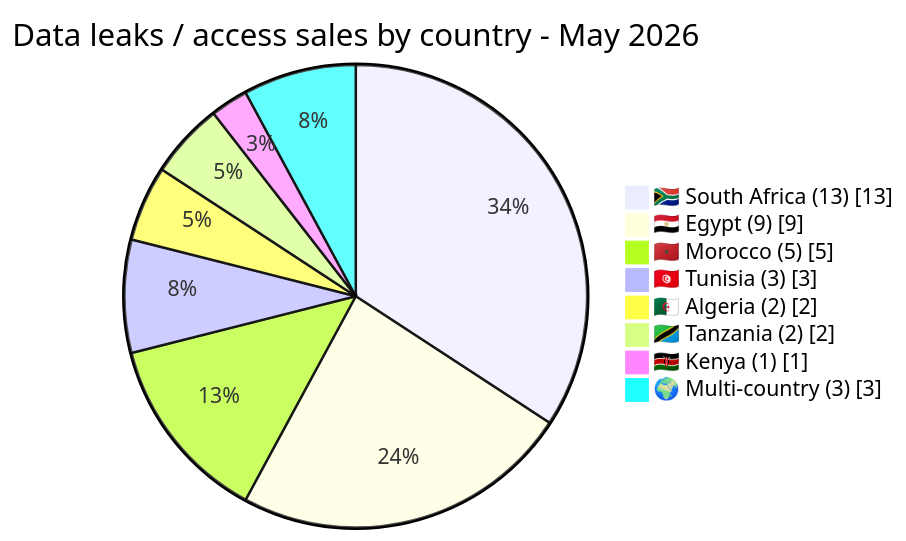
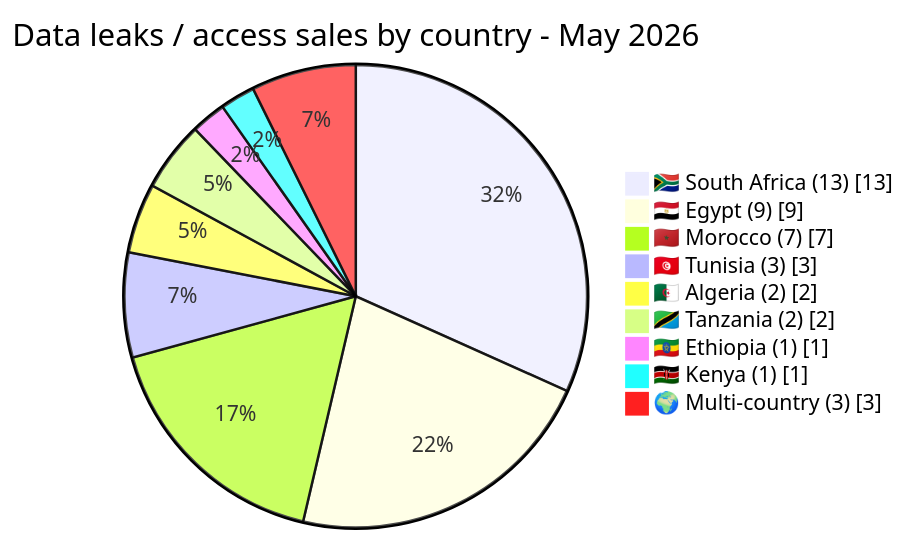
Before and after one commit to Hatchepsoute/AFRINTEL: the third of 3 diagrams in visual-intelligence/05-may/ransomware-vs-leaks_may_2026.md, drawn with Mermaid. The commit also changed other lines of this file and 28 other files, not shown here.

````diff
--- a/visual-intelligence/05-may/ransomware-vs-leaks_may_2026.md
+++ b/visual-intelligence/05-may/ransomware-vs-leaks_may_2026.md
@@ -27,12 +27,13 @@
 ```mermaid
 pie showData
     title Data leaks / access sales by country - May 2026
     "🇿🇦 South Africa (13)" : 13
     "🇪🇬 Egypt (9)" : 9
-    "🇲🇦 Morocco (5)" : 5
+    "🇲🇦 Morocco (7)" : 7
     "🇹🇳 Tunisia (3)" : 3
     "🇩🇿 Algeria (2)" : 2
     "🇹🇿 Tanzania (2)" : 2
+    "🇪🇹 Ethiopia (1)" : 1
     "🇰🇪 Kenya (1)" : 1
     "🌍 Multi-country (3)" : 3
 ```
````
